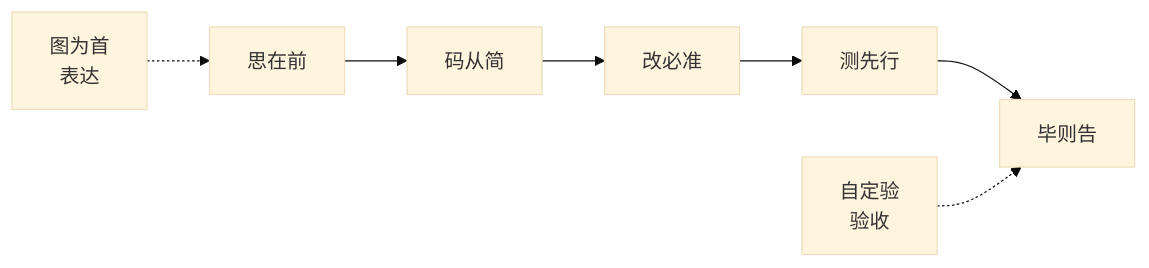
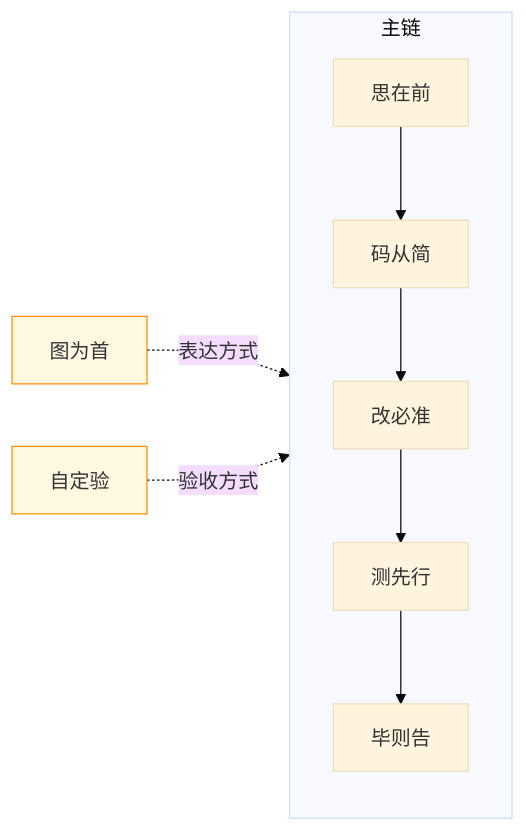
The third of 4 diagrams in CLAUDE.md (effiy/YrY), drawn with Mermaid (base theme) before and after one commit. The commit also changed other lines of this file, not shown here.

````diff
--- a/CLAUDE.md
+++ b/CLAUDE.md
@@ -40,6 +54,9 @@
 ```mermaid
 flowchart LR
-    A[思在前] --> B[码从简] --> C[改必准] --> D[测先行] --> E[毕则告]
-    F[图为首<br/>表达] -.-> A
-    G[自定验<br/>验收] -.-> E
+    subgraph 主链
+      T[思在前] --> C[码从简] --> P[改必准] --> V[测先行] --> N[毕则告]
+    end
+    M[图为首]:::meta -. 表达方式 .-> 主链
+    S[自定验]:::meta -. 验收方式 .-> 主链
+    classDef meta fill:#fff8e1,stroke:#ff8f00;
 ```
````
